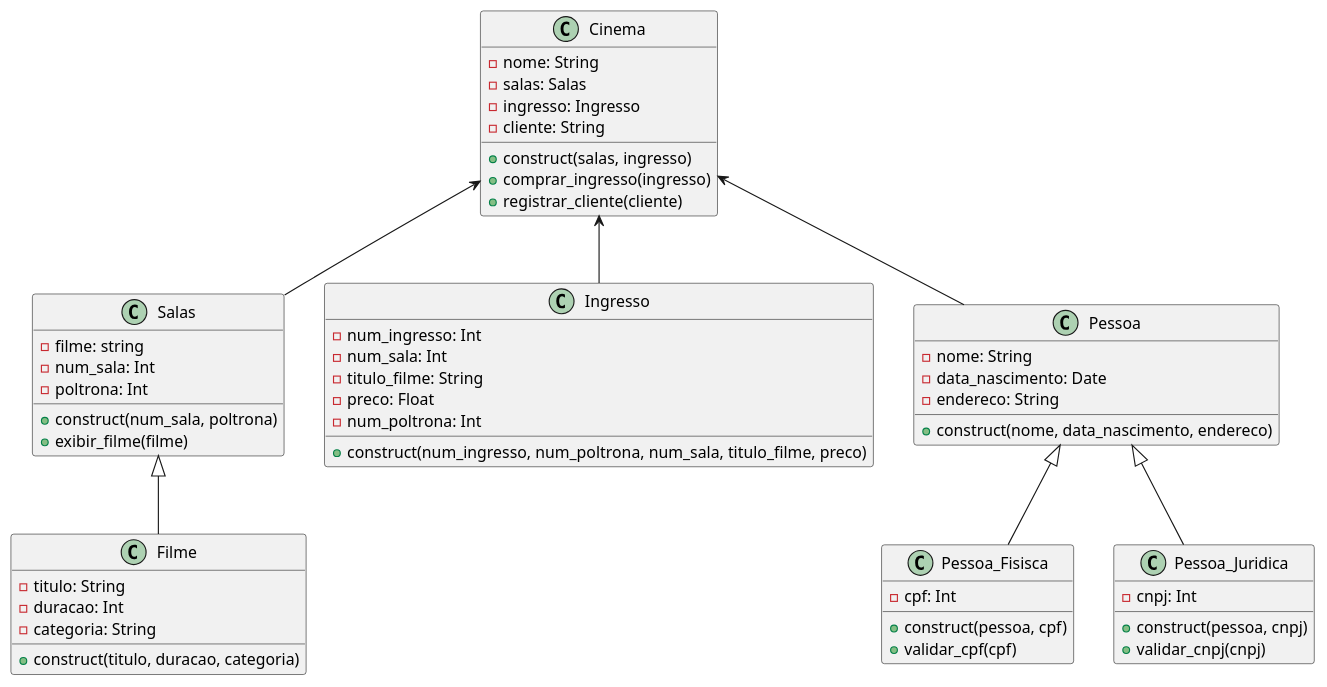
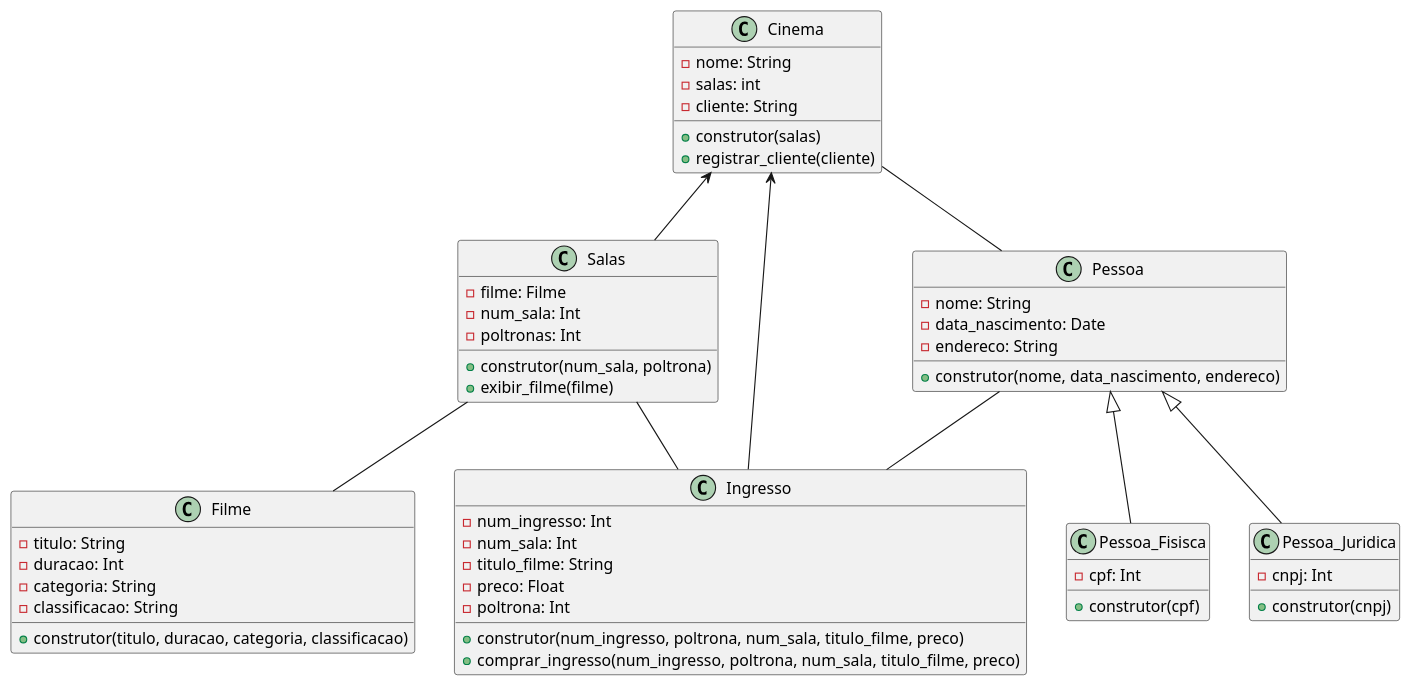
Before and after one commit to anleaes/2023-1-N1-POO-05: the diagram in cinema.plantuml, drawn with PlantUML. The commit also changed 13 other files, not shown here.

```diff
--- a/cinema.plantuml
+++ b/cinema.plantuml
@@ -1,76 +1,73 @@
 @startuml Cinema
 
 class Cinema {
     
     -nome: String
-    -salas: Salas
-    -ingresso: Ingresso
+    -salas: int 
     -cliente: String
-    +construct(salas, ingresso)
-    +comprar_ingresso(ingresso)
+    +construtor(salas)
     +registrar_cliente(cliente)
 }
 
 class Salas {
 
-    -filme: string 
+    -filme: Filme
     -num_sala: Int 
-    -poltrona: Int 
-    +construct(num_sala, poltrona)
+    -poltronas: Int 
+    +construtor(num_sala, poltrona)
     +exibir_filme(filme)
 }
 
 class Filme {
 
     -titulo: String
     -duracao: Int 
     -categoria: String 
-
-    +construct(titulo, duracao, categoria)
+    -classificacao: String 
+    +construtor(titulo, duracao, categoria, classificacao)
 
 }
 
 class Ingresso {
 
     -num_ingresso: Int 
     -num_sala: Int
     -titulo_filme: String
     -preco: Float
-    -num_poltrona: Int
-    +construct(num_ingresso, num_poltrona, num_sala, titulo_filme, preco)
+    -poltrona: Int
+    +construtor(num_ingresso, poltrona, num_sala, titulo_filme, preco)
+    +comprar_ingresso(num_ingresso, poltrona, num_sala, titulo_filme, preco)
 }
 
 class Pessoa {
 
     -nome: String 
     -data_nascimento: Date
     -endereco: String  
-    +construct(nome, data_nascimento, endereco)
+    +construtor(nome, data_nascimento, endereco)
 }
 
 class Pessoa_Fisisca {
 
     -cpf: Int
-    +construct(pessoa, cpf)
-    +validar_cpf(cpf)
+    +construtor(cpf)
 }
 
 class Pessoa_Juridica {
     
     -cnpj: Int 
-    +construct(pessoa, cnpj)
-    +validar_cnpj(cnpj)
+    +construtor(cnpj)
 }
 
 
 Cinema <-- Salas
 Cinema <-- Ingresso 
-Salas <|-- Filme   
-Cinema <-- Pessoa 
+Salas -- Filme   
+Cinema -- Pessoa 
 Pessoa <|-- Pessoa_Fisisca
 Pessoa <|-- Pessoa_Juridica
-
-
+Pessoa -- Ingresso
+Salas -- Ingresso
 
 
 @enduml 
```
